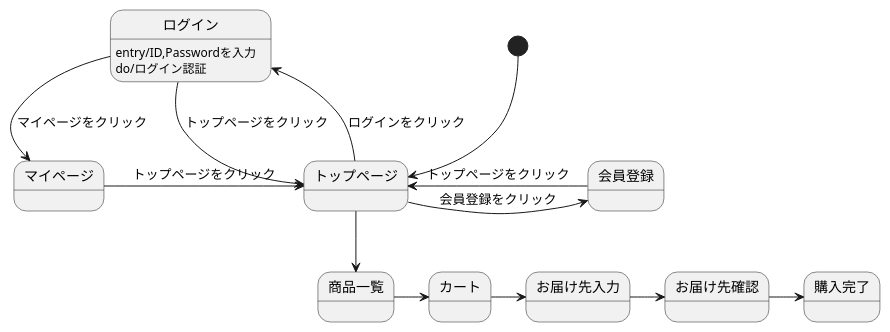
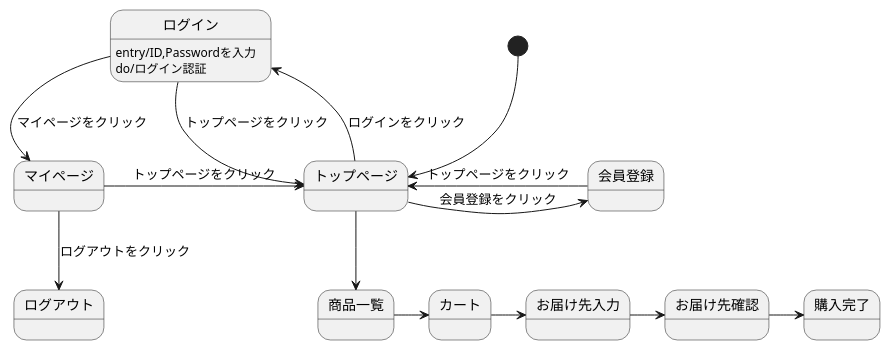
One commit to Aso2001163/2021sys-design-2 changed the diagram in stm01.md. Above: the diagram before and after it, drawn with PlantUML.

````diff
--- a/stm01.md
+++ b/stm01.md
@@ -1,18 +1,19 @@
 ```uml
 @startuml
 [*] --> トップページ
 トップページ -> 会員登録 : 会員登録をクリック
 会員登録 -> トップページ : トップページをクリック
 トップページ -left-> ログイン : ログインをクリック
 ログイン -> トップページ : トップページをクリック
 ログイン -down-> マイページ : マイページをクリック
 ログイン:entry/ID,Passwordを入力
 ログイン:do/ログイン認証
 マイページ -> トップページ : トップページをクリック
+マイページ -down-> ログアウト : ログアウトをクリック
 トップページ --> 商品一覧
 商品一覧 -> カート
 カート -> お届け先入力
 お届け先入力 -> お届け先確認
 お届け先確認 -> 購入完了
 @enduml
 ```
````
